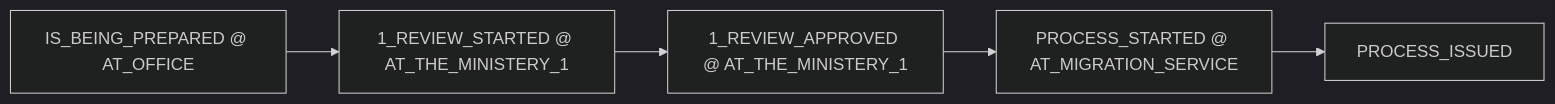
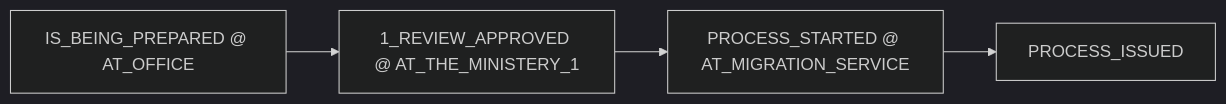
The second of 3 diagrams in docs/APPLICATION_PROGRESS_APPROVAL_AND_CONTRACT_DEPTH.md (webapis/Visa2026), drawn with Mermaid (dark theme) before and after one commit. The commit also changed other lines of this file and 31 other files, not shown here.

First line of the commit message:
Simplify ministry ApplicationProgress by dropping REVIEW_STARTED steps.

````diff
--- a/docs/APPLICATION_PROGRESS_APPROVAL_AND_CONTRACT_DEPTH.md
+++ b/docs/APPLICATION_PROGRESS_APPROVAL_AND_CONTRACT_DEPTH.md
@@ -156,7 +156,6 @@
 ```mermaid
 flowchart LR
-  A["IS_BEING_PREPARED @ AT_OFFICE"] --> B["1_REVIEW_STARTED @ AT_THE_MINISTERY_1"]
-  B --> C["1_REVIEW_APPROVED @ AT_THE_MINISTERY_1"]
-  C --> D["PROCESS_STARTED @ AT_MIGRATION_SERVICE"]
-  D --> E["PROCESS_ISSUED"]
+  A["IS_BEING_PREPARED @ AT_OFFICE"] --> B["1_REVIEW_APPROVED @ AT_THE_MINISTERY_1"]
+  B --> C["PROCESS_STARTED @ AT_MIGRATION_SERVICE"]
+  C --> D["PROCESS_ISSUED"]
 ```
````
